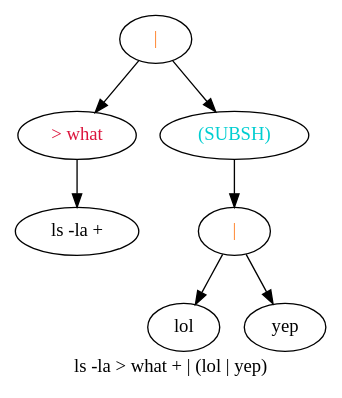
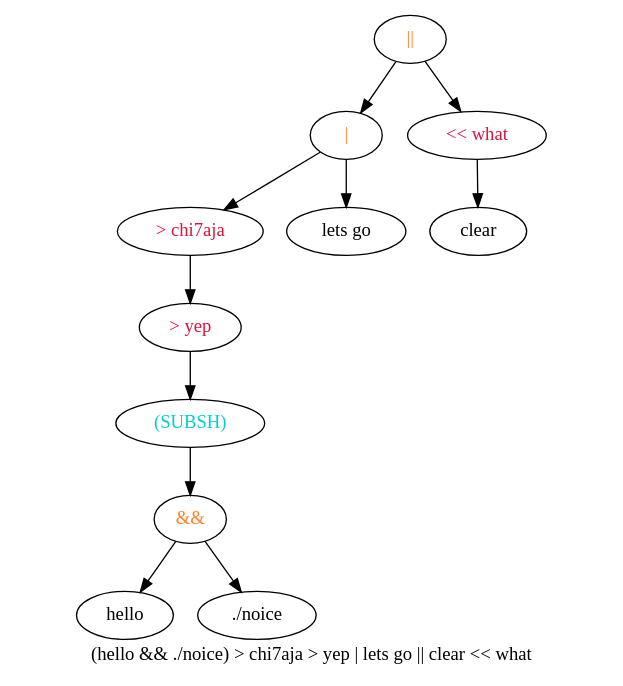
One commit to YeGoRenji/minishell-1337 changed the diagram in tree.dot. Above: the diagram before and after it, drawn with Graphviz. The commit also changed 12 other files, not shown here.

```diff
--- a/tree.dot
+++ b/tree.dot
@@ -1,16 +1,24 @@
 digraph yep {
-	label="ls -la > what + | (lol | yep)"
-	n0[fontcolor=chocolate1 label="|"];
+	label="(hello && ./noice) > chi7aja > yep | lets go || clear << what"
+	n0[fontcolor=chocolate1 label="||"];
 	n0 -> n1;
 	n0 -> n2;
-	n1[fontcolor=crimson label="> what"];
+	n1[fontcolor=chocolate1 label="|"];
 	n1 -> n3;
-	n3[label="ls -la + "];
-	n2[fontcolor=darkturquoise label="(SUBSH) "];
+	n1 -> n4;
+	n3[fontcolor=crimson label="> chi7aja"];
+	n3 -> n7;
+	n7[fontcolor=crimson label="> yep"];
+	n7 -> n15;
+	n15[fontcolor=darkturquoise label="(SUBSH) "];
+	n15 -> n31;
+	n31[fontcolor=chocolate1 label="&&"];
+	n31 -> n63;
+	n31 -> n64;
+	n63[label="hello "];
+	n64[label="./noice "];
+	n4[label="lets go "];
+	n2[fontcolor=crimson label="<< what"];
 	n2 -> n5;
-	n5[fontcolor=chocolate1 label="|"];
-	n5 -> n11;
-	n5 -> n12;
-	n11[label="lol "];
-	n12[label="yep "];
+	n5[label="clear "];
 }
```
